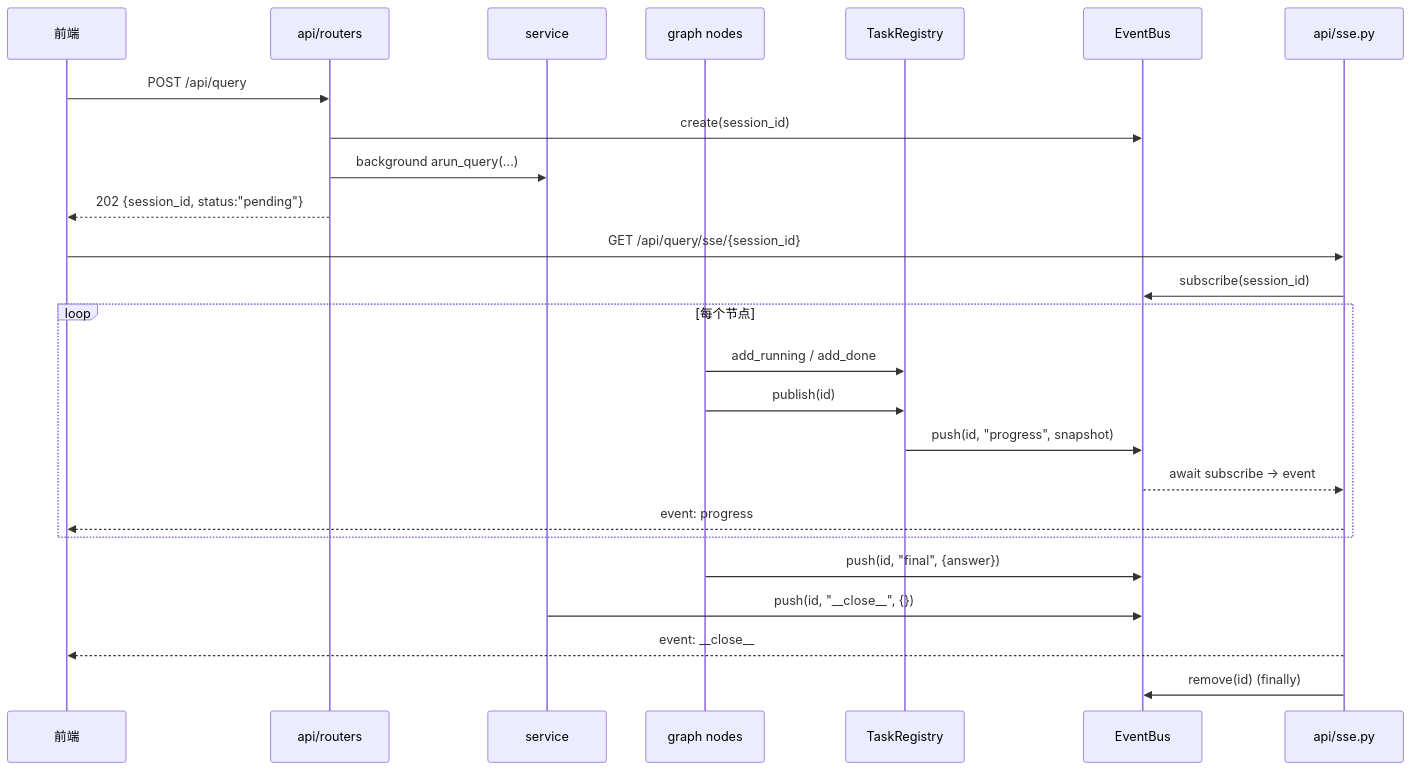
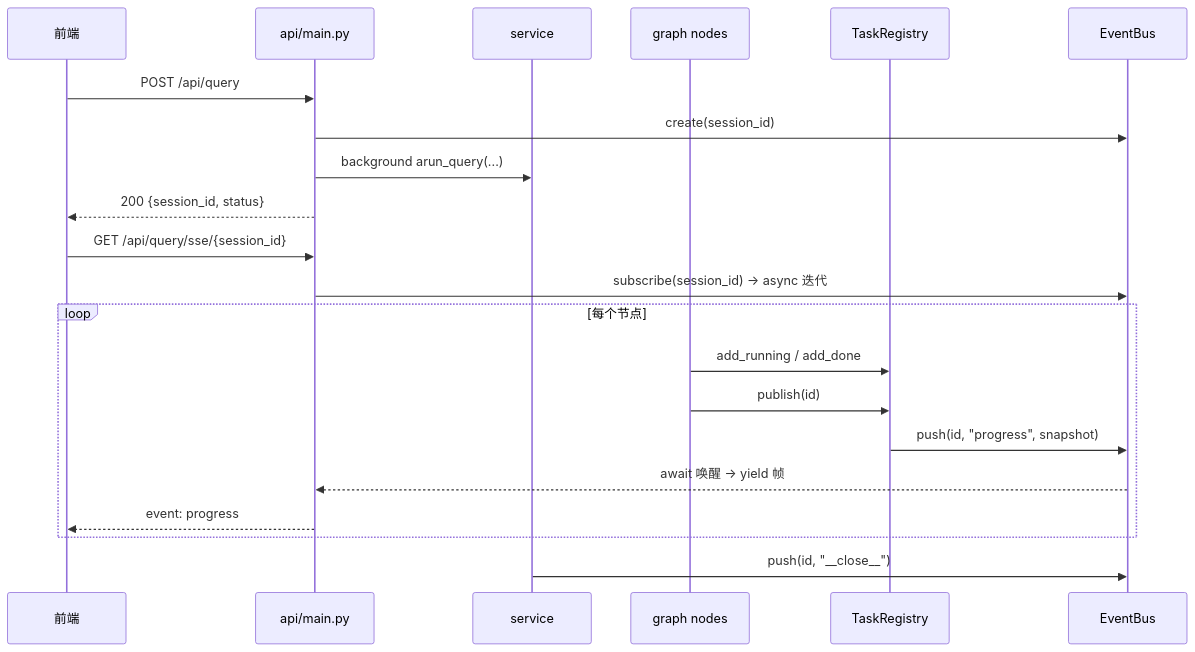
One commit to Refone/MiniRAG changed the second of 2 diagrams in docs/feat/项目整理/方案设计.md. Above: the diagram before and after it, drawn with Mermaid. The commit also changed other lines of this file and 2 other files, not shown here.

````diff
--- a/docs/feat/项目整理/方案设计.md
+++ b/docs/feat/项目整理/方案设计.md
@@ -311,29 +275,24 @@
 ```mermaid
 sequenceDiagram
     participant FE as 前端
-    participant API as api/routers
+    participant API as api/main.py
     participant SVC as service
     participant G as graph nodes
     participant REG as TaskRegistry
     participant BUS as EventBus
-    participant SSE as api/sse.py
 
     FE->>API: POST /api/query
     API->>BUS: create(session_id)
     API->>SVC: background arun_query(...)
-    API-->>FE: 202 {session_id, status:"pending"}
-
-    FE->>SSE: GET /api/query/sse/{session_id}
-    SSE->>BUS: subscribe(session_id)
+    API-->>FE: 200 {session_id, status}
+    FE->>API: GET /api/query/sse/{session_id}
+    API->>BUS: subscribe(session_id) → async 迭代
     loop 每个节点
         G->>REG: add_running / add_done
         G->>REG: publish(id)
         REG->>BUS: push(id, "progress", snapshot)
-        BUS-->>SSE: await subscribe → event
-        SSE-->>FE: event: progress
+        BUS-->>API: await 唤醒 → yield 帧
+        API-->>FE: event: progress
     end
-    G->>BUS: push(id, "final", {answer})
-    SVC->>BUS: push(id, "__close__", {})
-    SSE-->>FE: event: __close__
-    SSE->>BUS: remove(id)  (finally)
+    SVC->>BUS: push(id, "__close__")
 ```
````
